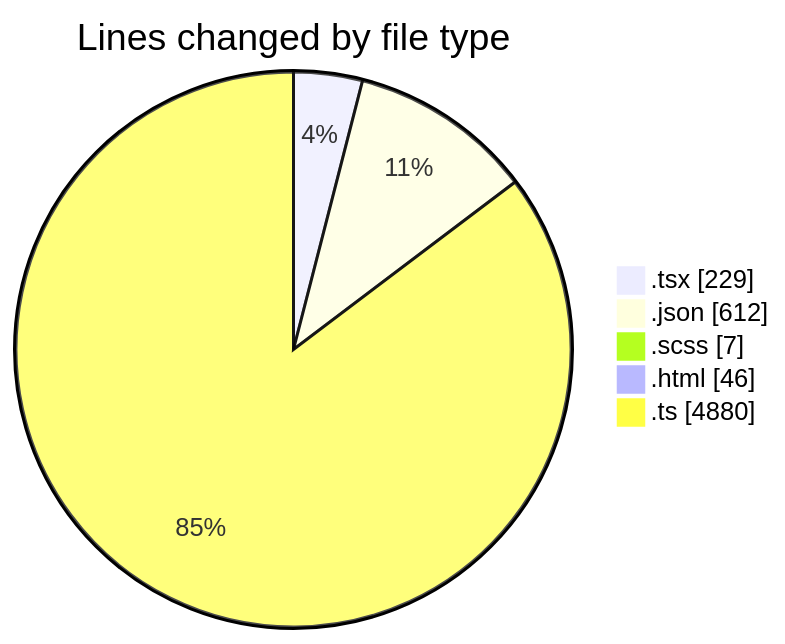
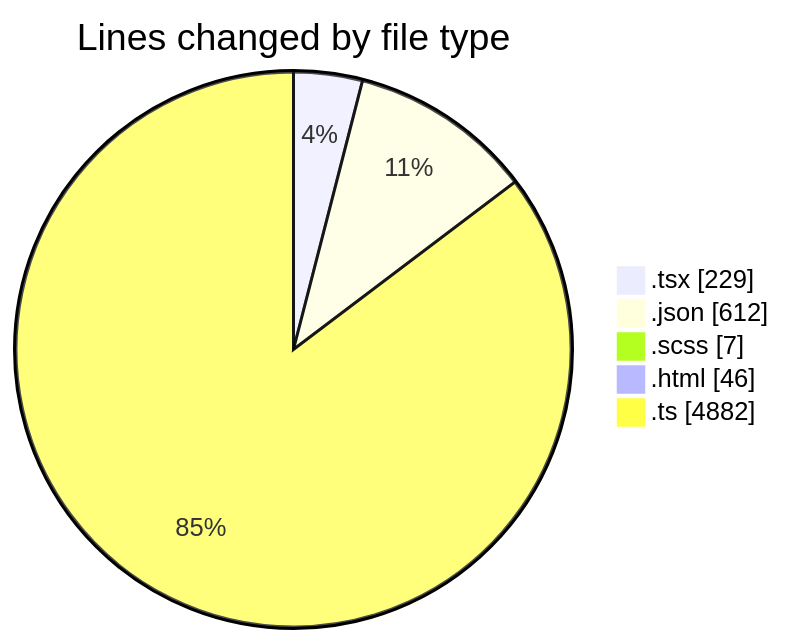
One commit to momahboobian/code-tracking changed the first of 2 diagrams in 2026-04-14/cda/README.md. Above: the diagram before and after it, drawn with Mermaid. The commit also changed other lines of this file and 1 other file, not shown here.

````diff
--- a/2026-04-14/cda/README.md
+++ b/2026-04-14/cda/README.md
@@ -33,9 +33,9 @@
 ```mermaid
 pie showData
 title Lines changed by file type
 ".tsx" : 229
 ".json" : 612
 ".scss" : 7
 ".html" : 46
-".ts" : 4880
+".ts" : 4882
 ```
````
